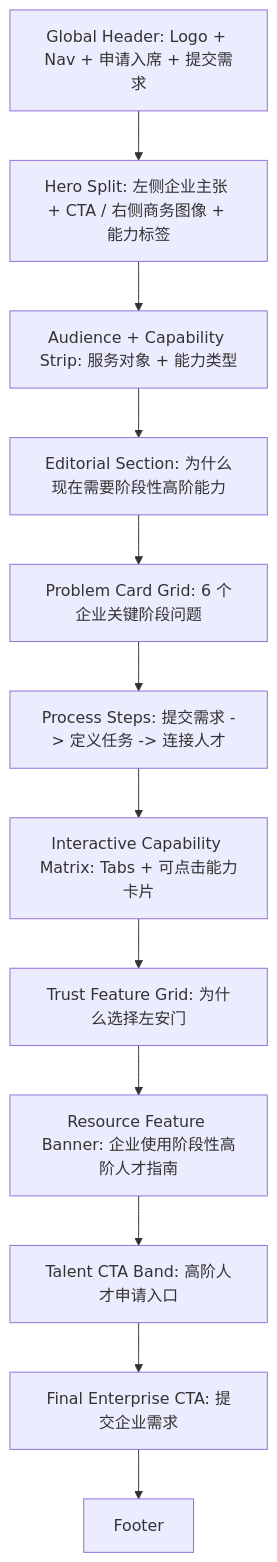
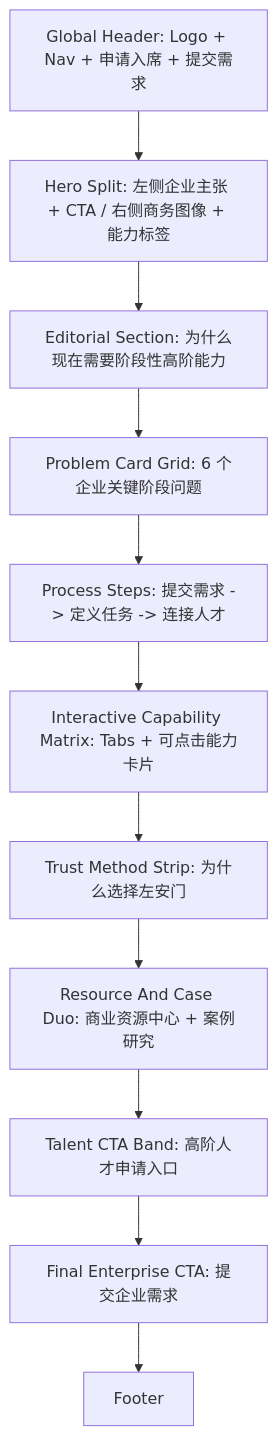
The diagram in docs/01-home.md (Gaming33/zan), drawn with Mermaid before and after one commit. The commit also changed other lines of this file and 5 other files, not shown here.

````diff
--- a/docs/01-home.md
+++ b/docs/01-home.md
@@ -681,14 +668,13 @@
 ```mermaid
 flowchart TD
   A[Global Header: Logo + Nav + 申请入席 + 提交需求] --> B[Hero Split: 左侧企业主张 + CTA / 右侧商务图像 + 能力标签]
-  B --> C[Audience + Capability Strip: 服务对象 + 能力类型]
-  C --> D[Editorial Section: 为什么现在需要阶段性高阶能力]
+  B --> D[Editorial Section: 为什么现在需要阶段性高阶能力]
   D --> E[Problem Card Grid: 6 个企业关键阶段问题]
   E --> F[Process Steps: 提交需求 -> 定义任务 -> 连接人才]
   F --> G[Interactive Capability Matrix: Tabs + 可点击能力卡片]
-  G --> H[Trust Feature Grid: 为什么选择左安门]
-  H --> I[Resource Feature Banner: 企业使用阶段性高阶人才指南]
+  G --> H[Trust Method Strip: 为什么选择左安门]
+  H --> I[Resource And Case Duo: 商业资源中心 + 案例研究]
   I --> J[Talent CTA Band: 高阶人才申请入口]
   J --> K[Final Enterprise CTA: 提交企业需求]
   K --> L[Footer]
 ```
````
